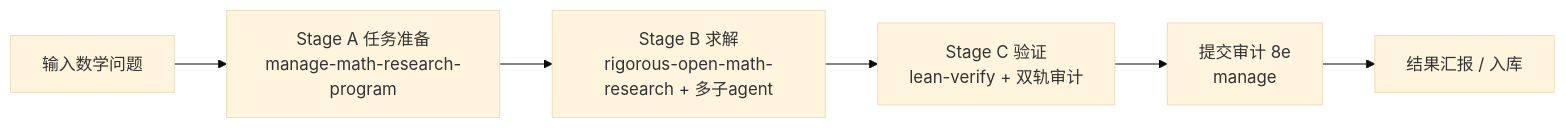
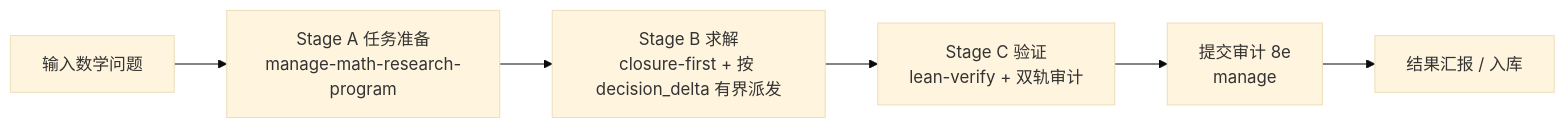
Before and after one commit to Zhongshan-Big-Jun/rigorous-open-math-research: the first of 2 diagrams in docs/pipeline-full-flow.md, drawn with Mermaid (base theme). The commit also changed other lines of this file and 32 other files, not shown here.

````diff
--- a/docs/pipeline-full-flow.md
+++ b/docs/pipeline-full-flow.md
@@ -10,8 +10,8 @@
 ```mermaid
 flowchart LR
   A["输入数学问题"] --> S1["Stage A 任务准备<br/>manage-math-research-program"]
-  S1 --> S2["Stage B 求解<br/>rigorous-open-math-research + 多子agent"]
+  S1 --> S2["Stage B 求解<br/>closure-first + 按 decision_delta 有界派发"]
   S2 --> S3["Stage C 验证<br/>lean-verify + 双轨审计"]
   S3 --> S4["提交审计 8e<br/>manage"]
   S4 --> Z["结果汇报 / 入库"]
 ```
````
